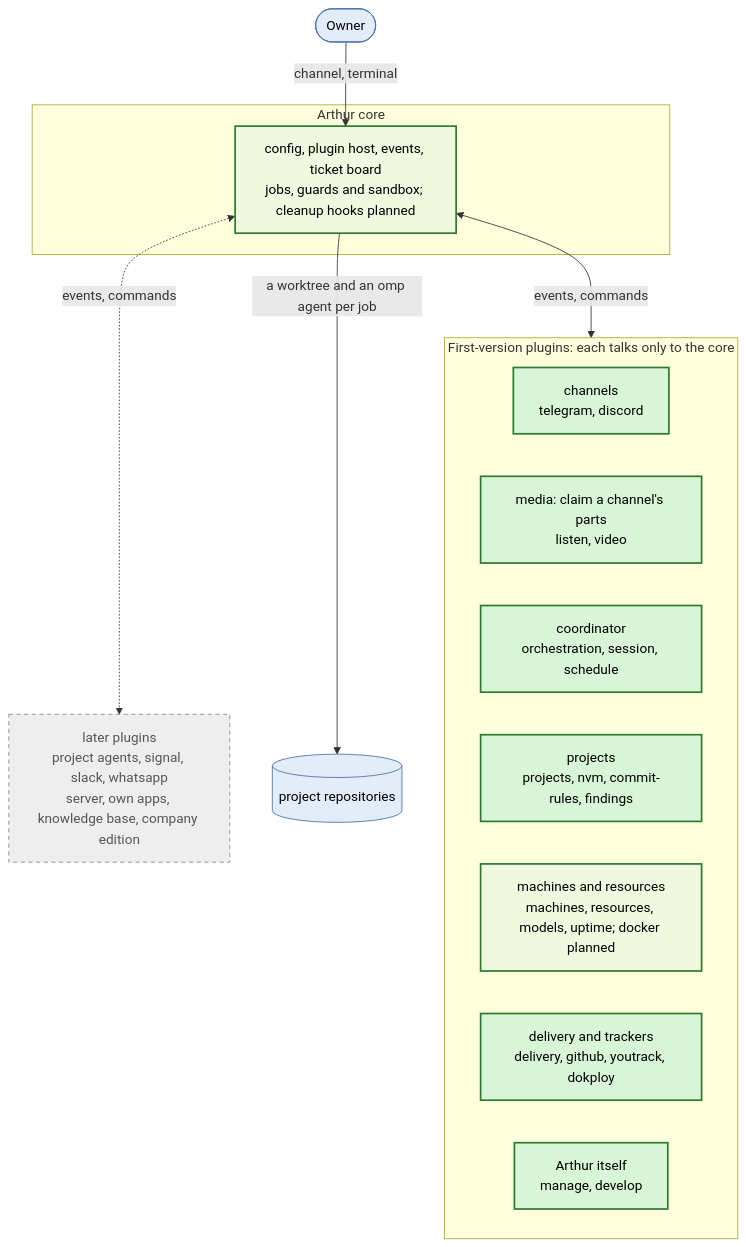
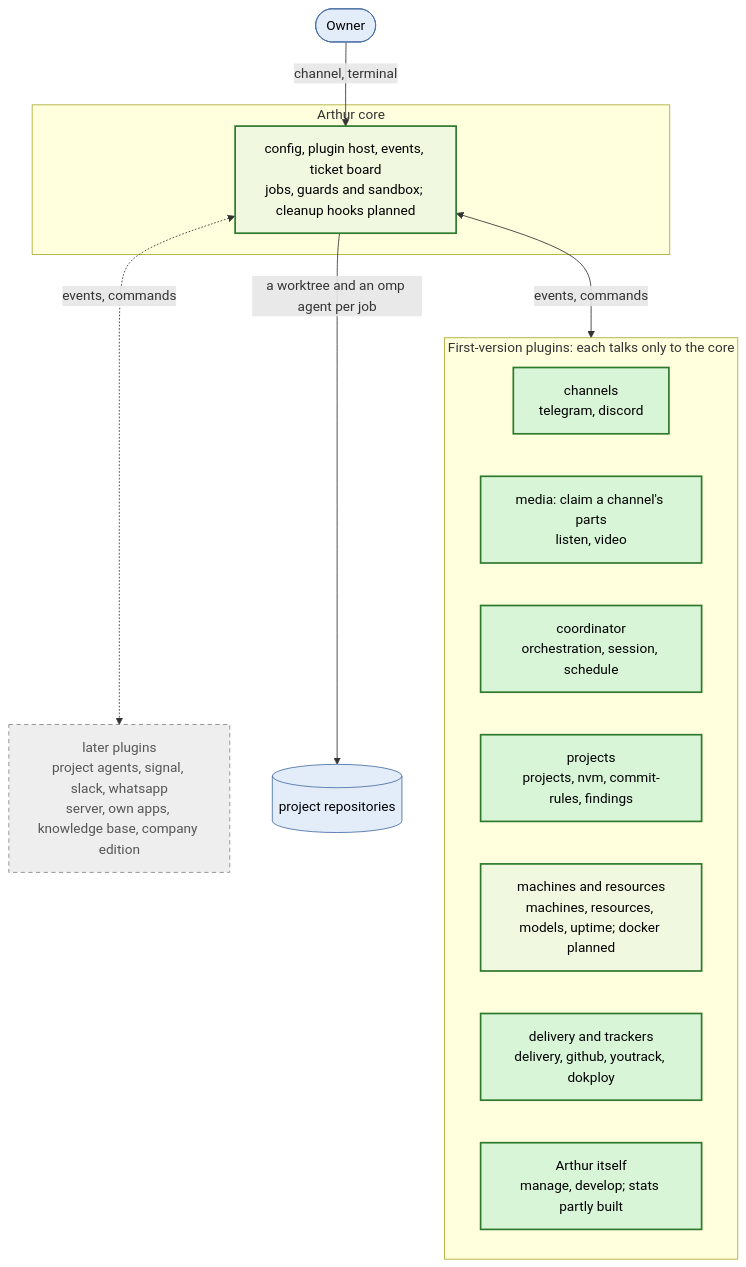
The diagram in README.md (kacperadler/arthur), drawn with Mermaid before and after one commit. The commit also changed 16 other files, not shown here.

````diff
--- a/README.md
+++ b/README.md
@@ -59,28 +59,28 @@
 ```mermaid
 flowchart TD
   owner([Owner]) -->|channel, terminal| core
   subgraph CORE[Arthur core]
     core[config, plugin host, events, ticket board<br/>jobs, guards and sandbox; cleanup hooks planned]
   end
   subgraph FIRST[First-version plugins: each talks only to the core]
     chan[channels<br/>telegram, discord]
     media[media: claim a channel's parts<br/>listen, video]
     coord[coordinator<br/>orchestration, session, schedule]
     proj[projects<br/>projects, nvm, commit-rules, findings]
     res[machines and resources<br/>machines, resources, models, uptime; docker planned]
     deliv[delivery and trackers<br/>delivery, github, youtrack, dokploy]
-    self[Arthur itself<br/>manage, develop]
+    self[Arthur itself<br/>manage, develop; stats partly built]
   end
   later[later plugins<br/>project agents, signal, slack, whatsapp<br/>server, own apps, knowledge base, company edition]
   core <-->|events, commands| FIRST
   core <-.->|events, commands| later
   core -->|a worktree and an omp agent per job| repos[(project repositories)]
   classDef built fill:#d8f5d8,stroke:#2d7a2d,stroke-width:2px,color:#000;
   classDef partial fill:#f0f9e0,stroke:#2d7a2d,stroke-width:2px,color:#000;
   classDef planned fill:#eee,stroke:#888,stroke-dasharray:5 4,color:#555;
   classDef outside fill:#e3edfa,stroke:#4a6fa5,color:#000;
   class coord,proj,self,media,chan,deliv built;
   class core,res partial;
   class later planned;
   class owner,repos outside;
 ```
````
